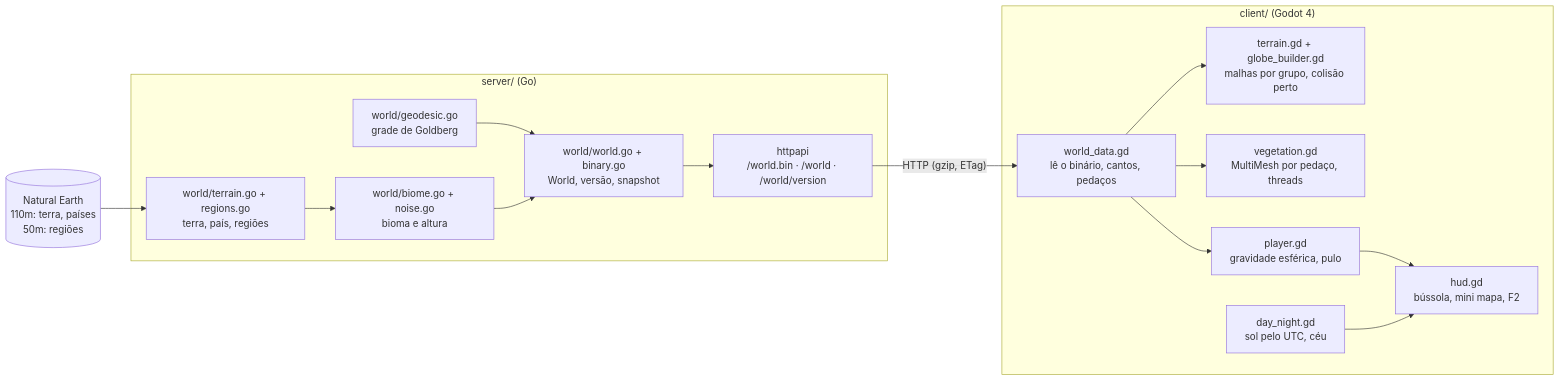
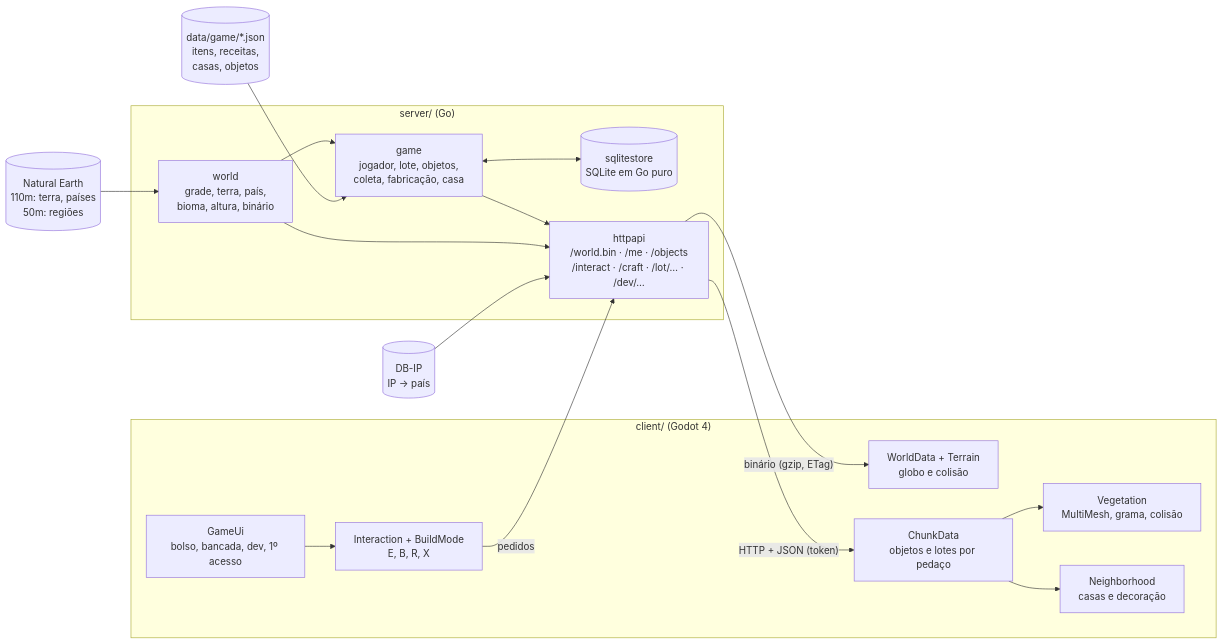
One commit to Dustyluc123/goblo changed the diagram in docs/ARQUITETURA.md. Above: the diagram before and after it, drawn with Mermaid. The commit also changed other lines of this file and 12 other files, not shown here.

````diff
--- a/docs/ARQUITETURA.md
+++ b/docs/ARQUITETURA.md
@@ -5,29 +5,33 @@
 ```mermaid
 flowchart LR
     ne[("Natural Earth<br/>110m: terra, países<br/>50m: regiões")]
+    dbip[("DB-IP<br/>IP → país")]
+    content[("data/game/*.json<br/>itens, receitas,<br/>casas, objetos")]
     subgraph server["server/ (Go)"]
-        geo["world/geodesic.go<br/>grade de Goldberg"]
-        ter["world/terrain.go + regions.go<br/>terra, país, regiões"]
-        bio["world/biome.go + noise.go<br/>bioma e altura"]
-        wld["world/world.go + binary.go<br/>World, versão, snapshot"]
-        api["httpapi<br/>/world.bin · /world · /world/version"]
+        wld["world<br/>grade, terra, país,<br/>bioma, altura, binário"]
+        game["game<br/>jogador, lote, objetos,<br/>coleta, fabricação, casa"]
+        store[("sqlitestore<br/>SQLite em Go puro")]
+        api["httpapi<br/>/world.bin · /me · /objects<br/>/interact · /craft · /lot/… · /dev/…"]
     end
     subgraph client["client/ (Godot 4)"]
-        wd["world_data.gd<br/>lê o binário, cantos, pedaços"]
-        tr["terrain.gd + globe_builder.gd<br/>malhas por grupo, colisão perto"]
-        vg["vegetation.gd<br/>MultiMesh por pedaço, threads"]
-        pl["player.gd<br/>gravidade esférica, pulo"]
-        dn["day_night.gd<br/>sol pelo UTC, céu"]
-        hud["hud.gd<br/>bússola, mini mapa, F2"]
+        wd["WorldData + Terrain<br/>globo e colisão"]
+        cd["ChunkData<br/>objetos e lotes por pedaço"]
+        vg["Vegetation<br/>MultiMesh, grama, colisão"]
+        nb["Neighborhood<br/>casas e decoração"]
+        act["Interaction + BuildMode<br/>E, B, R, X"]
+        ui["GameUi<br/>bolso, bancada, dev, 1º acesso"]
     end
-    ne --> ter
-    geo --> wld
-    ter --> bio --> wld
+    ne --> wld
+    content --> game
+    dbip --> api
+    wld --> game
+    game <--> store
     wld --> api
-    api -- "HTTP (gzip, ETag)" --> wd
-    wd --> tr
-    wd --> vg
-    wd --> pl
-    pl --> hud
-    dn --> hud
+    game --> api
+    api -- "HTTP + JSON (token)" --> cd
+    api -- "binário (gzip, ETag)" --> wd
+    cd --> vg
+    cd --> nb
+    act -- "pedidos" --> api
+    ui --> act
 ```
````
